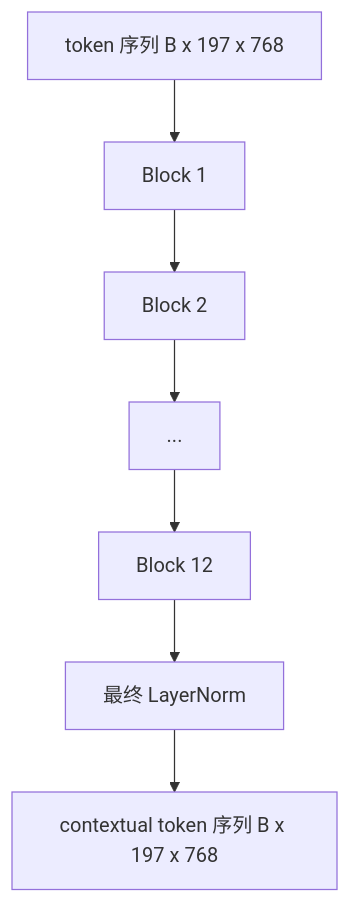
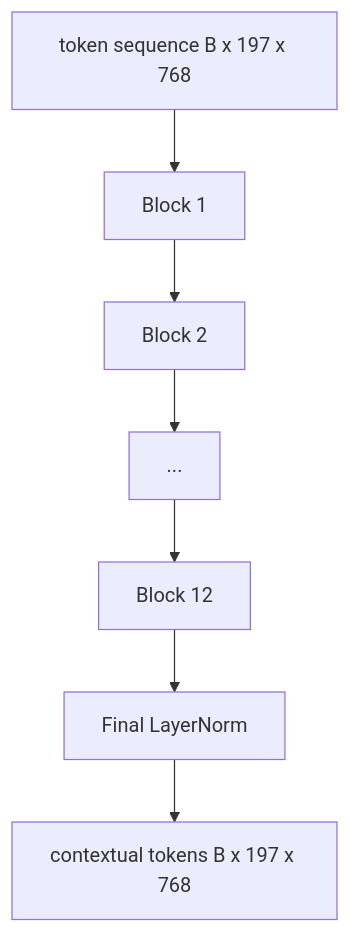
One commit to xiaojiaenen/ai-engineering-from-scratch-zh changed the first of 2 diagrams in i18n/zh/phases/19-capstone-projects/59-vit-transformer/docs/zh.md. Above: the diagram before and after it, drawn with Mermaid. The commit also changed other lines of this file and 85 other files, not shown here.

````diff
--- a/i18n/zh/phases/19-capstone-projects/59-vit-transformer/docs/zh.md
+++ b/i18n/zh/phases/19-capstone-projects/59-vit-transformer/docs/zh.md
@@ -25,9 +25,9 @@
 ```mermaid
 flowchart TB
-  Input[token 序列 B x 197 x 768] --> B1[Block 1]
+  Input[token sequence B x 197 x 768] --> B1[Block 1]
   B1 --> B2[Block 2]
   B2 --> Dots[...]
   Dots --> B12[Block 12]
-  B12 --> LN[最终 LayerNorm]
-  LN --> Out[contextual token 序列 B x 197 x 768]
+  B12 --> LN[Final LayerNorm]
+  LN --> Out[contextual tokens B x 197 x 768]
 ```
````
